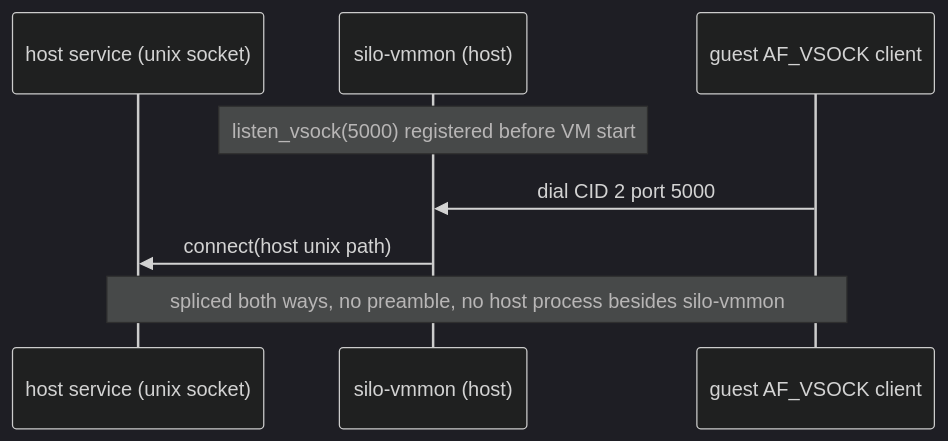
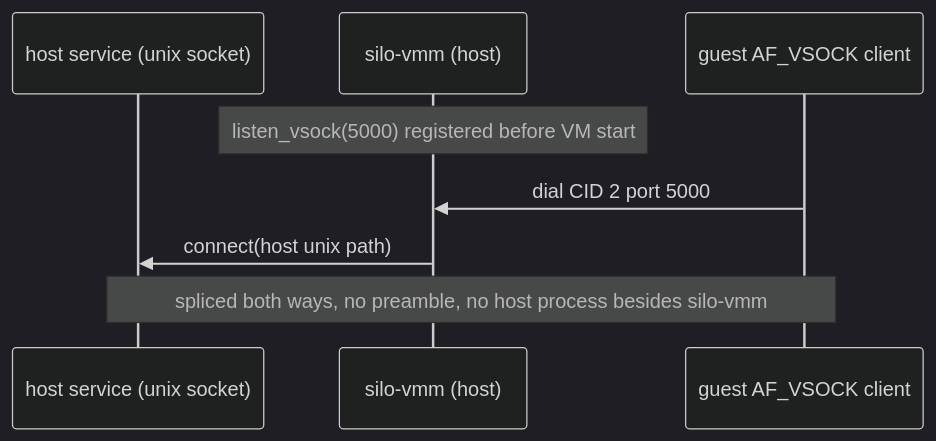
Before and after one commit to vandycknick/silo: the fifth of 9 diagrams in docs/adr/0016-vsock-forwards-and-netd-publications.md, drawn with Mermaid (dark theme). The commit also changed other lines of this file and 194 other files, not shown here.

First line of the commit message:
refactor(runtime): rename silo-vmmon to silo-vmm and name workers krun

````diff
--- a/docs/adr/0016-vsock-forwards-and-netd-publications.md
+++ b/docs/adr/0016-vsock-forwards-and-netd-publications.md
@@ -313,10 +313,10 @@
 ```mermaid
 sequenceDiagram
   participant S as host service (unix socket)
-  participant V as silo-vmmon (host)
+  participant V as silo-vmm (host)
   participant G as guest AF_VSOCK client
   Note over V: listen_vsock(5000) registered before VM start
   G->>V: dial CID 2 port 5000
   V->>S: connect(host unix path)
-  Note over S,G: spliced both ways, no preamble, no host process besides silo-vmmon
+  Note over S,G: spliced both ways, no preamble, no host process besides silo-vmm
 ```
````
